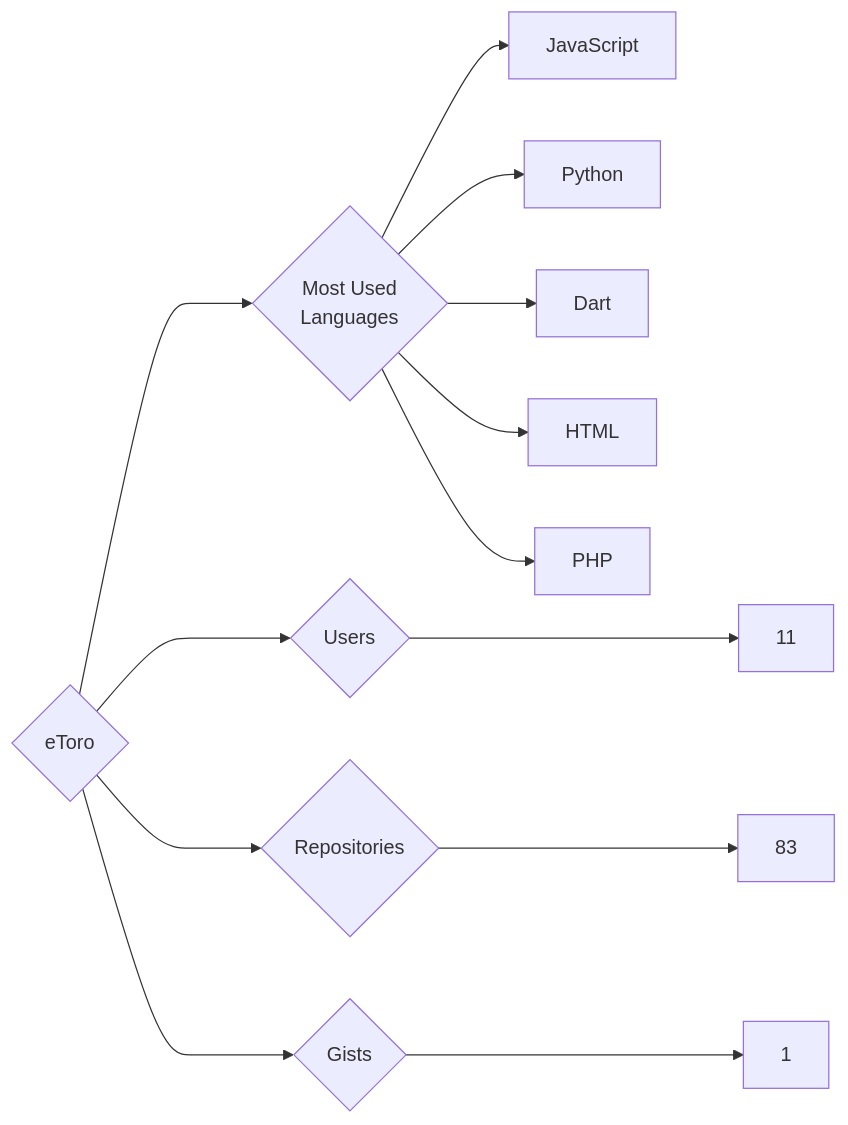
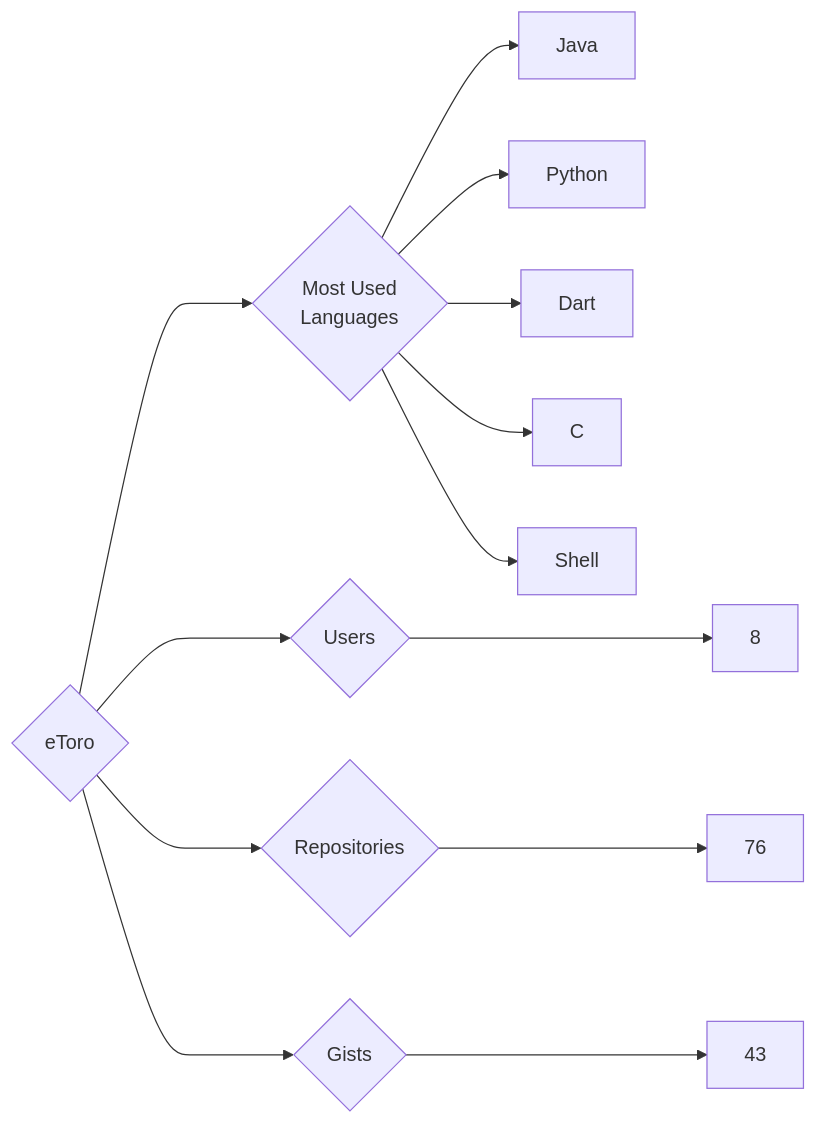
The diagram in targets/eToro/README.md (trickest/insiders), drawn with Mermaid before and after one commit. The commit also changed 973 other files, not shown here.

````diff
--- a/targets/eToro/README.md
+++ b/targets/eToro/README.md
@@ -3,13 +3,13 @@
 ```mermaid
 graph LR
 COMPANY_NAME{eToro}
-COMPANY_NAME ---> U{Users} ---> UN[11]
-COMPANY_NAME ---> R{Repositories} ---> RN[83]
-COMPANY_NAME ---> G{Gists} ---> GN[1]
+COMPANY_NAME ---> U{Users} ---> UN[8]
+COMPANY_NAME ---> R{Repositories} ---> RN[76]
+COMPANY_NAME ---> G{Gists} ---> GN[43]
 COMPANY_NAME ---> ML{Most Used<br>Languages}
-ML --> JavaScript[JavaScript]
+ML --> Java[Java]
 ML --> Python[Python]
 ML --> Dart[Dart]
-ML --> HTML[HTML]
-ML --> PHP[PHP]
+ML --> C[C]
+ML --> Shell[Shell]
 ```
````
